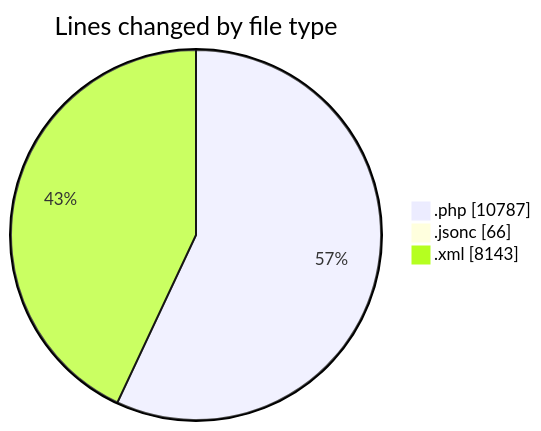
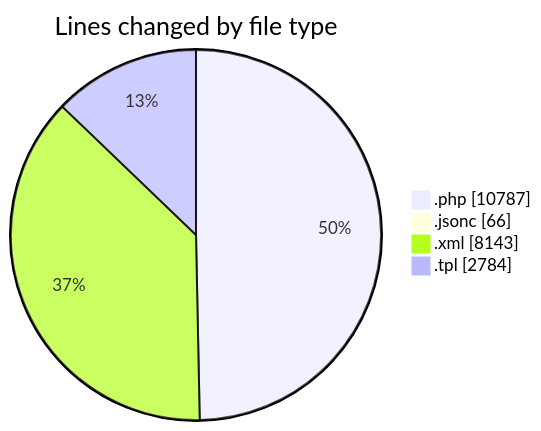
The first of 2 diagrams in 2025-09-06/shop/README.md (vahidmafi/code-tracking), drawn with Mermaid before and after one commit. The commit also changed other lines of this file and 1 other file, not shown here.

````diff
--- a/2025-09-06/shop/README.md
+++ b/2025-09-06/shop/README.md
@@ -31,7 +34,8 @@
 ```mermaid
 pie showData
 title Lines changed by file type
 ".php" : 10787
 ".jsonc" : 66
 ".xml" : 8143
+".tpl" : 2784
 ```
````
